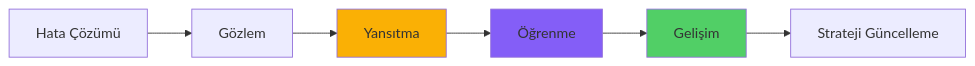
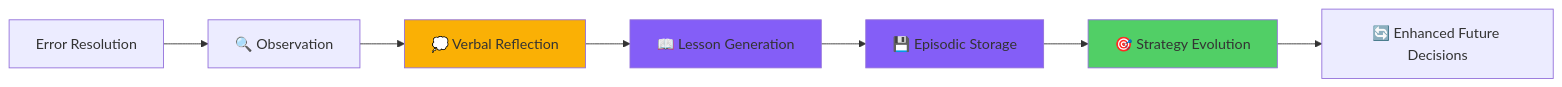
Before and after one commit to mmsuerkan/kubernetes-thesis: the third of 3 diagrams in k8s-real-integration/README.md, drawn with Mermaid. The commit also changed other lines of this file, not shown here.

````diff
--- a/k8s-real-integration/README.md
+++ b/k8s-real-integration/README.md
@@ -106,12 +136,14 @@
 ```mermaid
 graph LR
-    A[Hata Çözümü] --> B[Gözlem]
-    B --> C[Yansıtma]
-    C --> D[Öğrenme]
-    D --> E[Gelişim]
-    E --> F[Strateji Güncelleme]
+    A[Error Resolution] --> B[🔍 Observation]
+    B --> C[💭 Verbal Reflection]
+    C --> D[📖 Lesson Generation]
+    D --> E[💾 Episodic Storage]
+    E --> F[🎯 Strategy Evolution]
+    F --> G[🔄 Enhanced Future Decisions]
     
     style C fill:#fab005
     style D fill:#845ef7
-    style E fill:#51cf66
+    style E fill:#845ef7
+    style F fill:#51cf66
 ```
````
